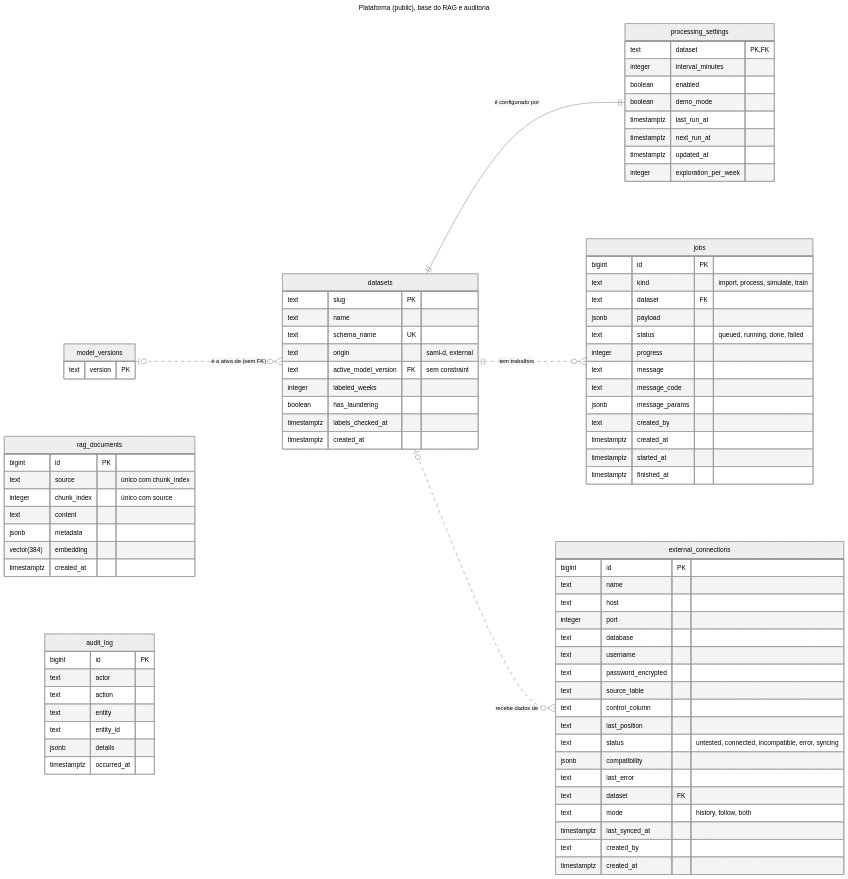
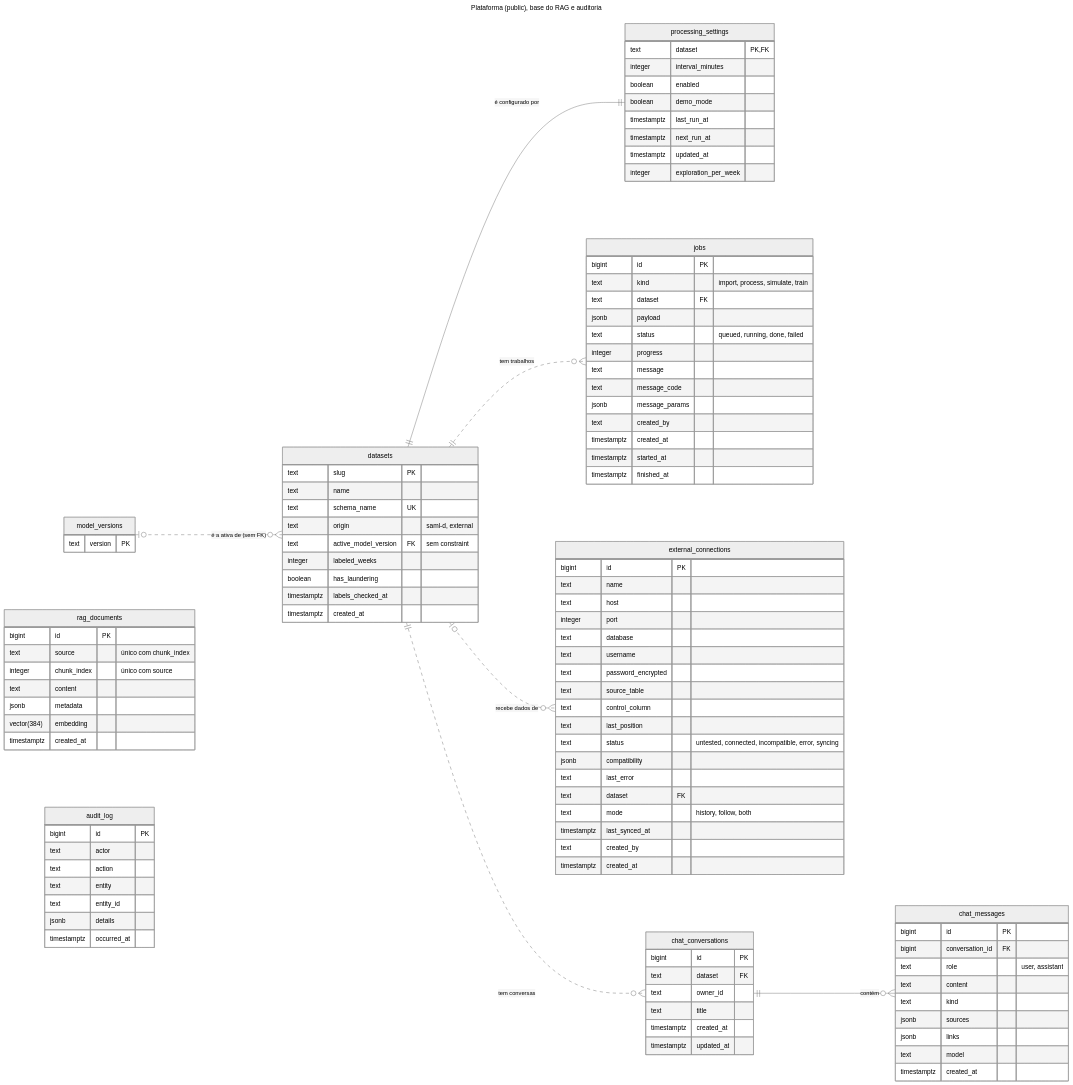
The diagram in docs/erd/04-platform.mmd (TCS-Financial-Bootcamp-Team/fraudradar), drawn with Mermaid (neutral theme) before and after one commit. The commit also changed 12 other files, not shown here.

```diff
--- a/docs/erd/04-platform.mmd
+++ b/docs/erd/04-platform.mmd
@@ -1,86 +1,107 @@
 ---
 title: "Plataforma (public), base do RAG e auditoria"
 ---
 erDiagram
     direction LR
     datasets {
         text slug PK
         text name
         text schema_name UK
         text origin "saml-d, external"
         text active_model_version FK "sem constraint"
         integer labeled_weeks
         boolean has_laundering
         timestamptz labels_checked_at
         timestamptz created_at
     }
     processing_settings {
         text dataset PK, FK
         integer interval_minutes
         boolean enabled
         boolean demo_mode
         timestamptz last_run_at
         timestamptz next_run_at
         timestamptz updated_at
         integer exploration_per_week
     }
     jobs {
         bigint id PK
         text kind "import, process, simulate, train"
         text dataset FK
         jsonb payload
         text status "queued, running, done, failed"
         integer progress
         text message
         text message_code
         jsonb message_params
         text created_by
         timestamptz created_at
         timestamptz started_at
         timestamptz finished_at
     }
     external_connections {
         bigint id PK
         text name
         text host
         integer port
         text database
         text username
         text password_encrypted
         text source_table
         text control_column
         text last_position
         text status "untested, connected, incompatible, error, syncing"
         jsonb compatibility
         text last_error
         text dataset FK
         text mode "history, follow, both"
         timestamptz last_synced_at
         text created_by
         timestamptz created_at
     }
+    chat_conversations {
+        bigint id PK
+        text dataset FK
+        text owner_id
+        text title
+        timestamptz created_at
+        timestamptz updated_at
+    }
+    chat_messages {
+        bigint id PK
+        bigint conversation_id FK
+        text role "user, assistant"
+        text content
+        text kind
+        jsonb sources
+        jsonb links
+        text model
+        timestamptz created_at
+    }
     model_versions {
         text version PK
     }
     rag_documents {
         bigint id PK
         text source "único com chunk_index"
         integer chunk_index "único com source"
         text content
         jsonb metadata
         vector(384) embedding
         timestamptz created_at
     }
     audit_log {
         bigint id PK
         text actor
         text action
         text entity
         text entity_id
         jsonb details
         timestamptz occurred_at
     }
     model_versions |o..o{ datasets : "é a ativa de (sem FK)"
     datasets ||--|| processing_settings : "é configurado por"
     datasets ||..o{ jobs : "tem trabalhos"
     datasets |o..o{ external_connections : "recebe dados de"
+    datasets ||..o{ chat_conversations : "tem conversas"
+    chat_conversations ||--o{ chat_messages : "contém"
```
